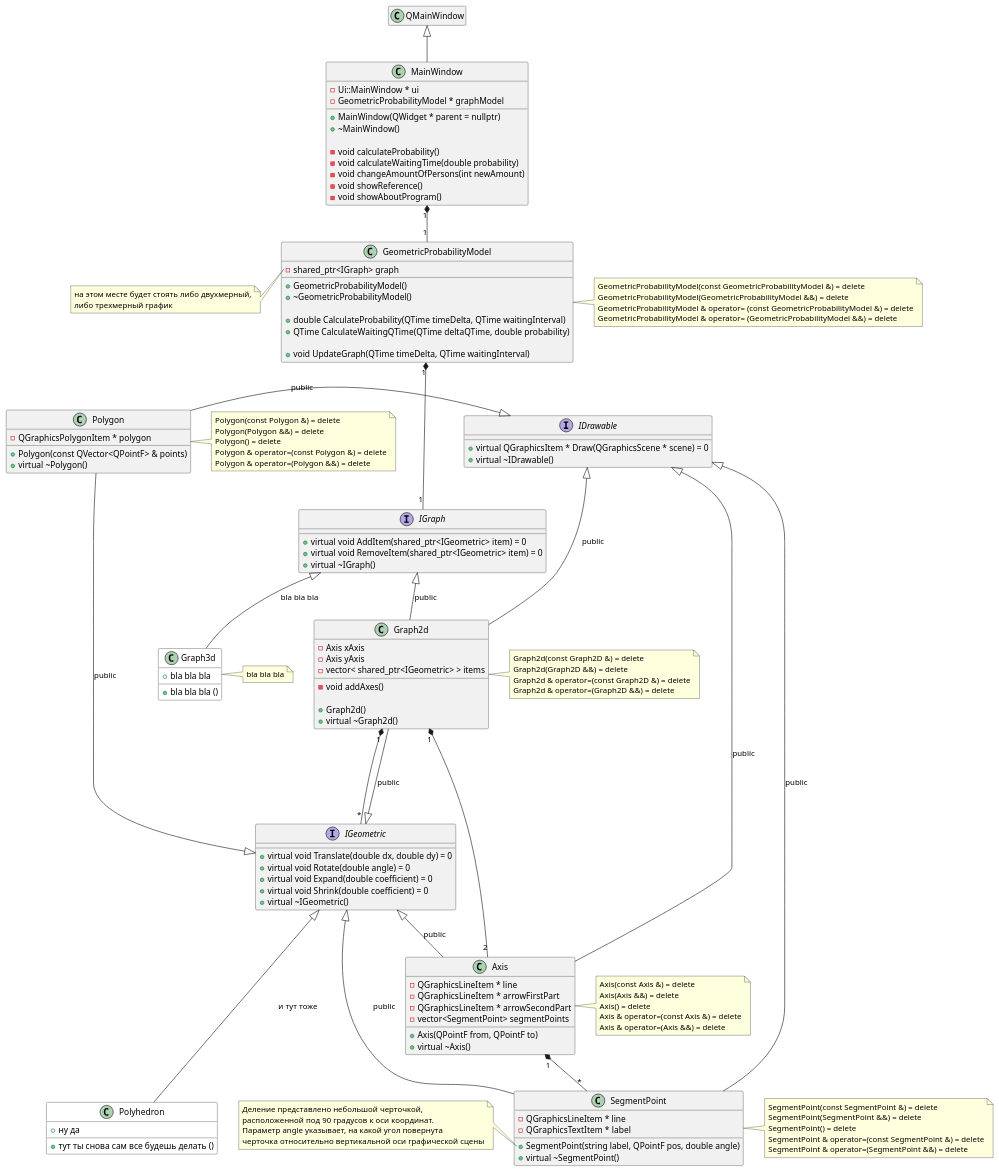
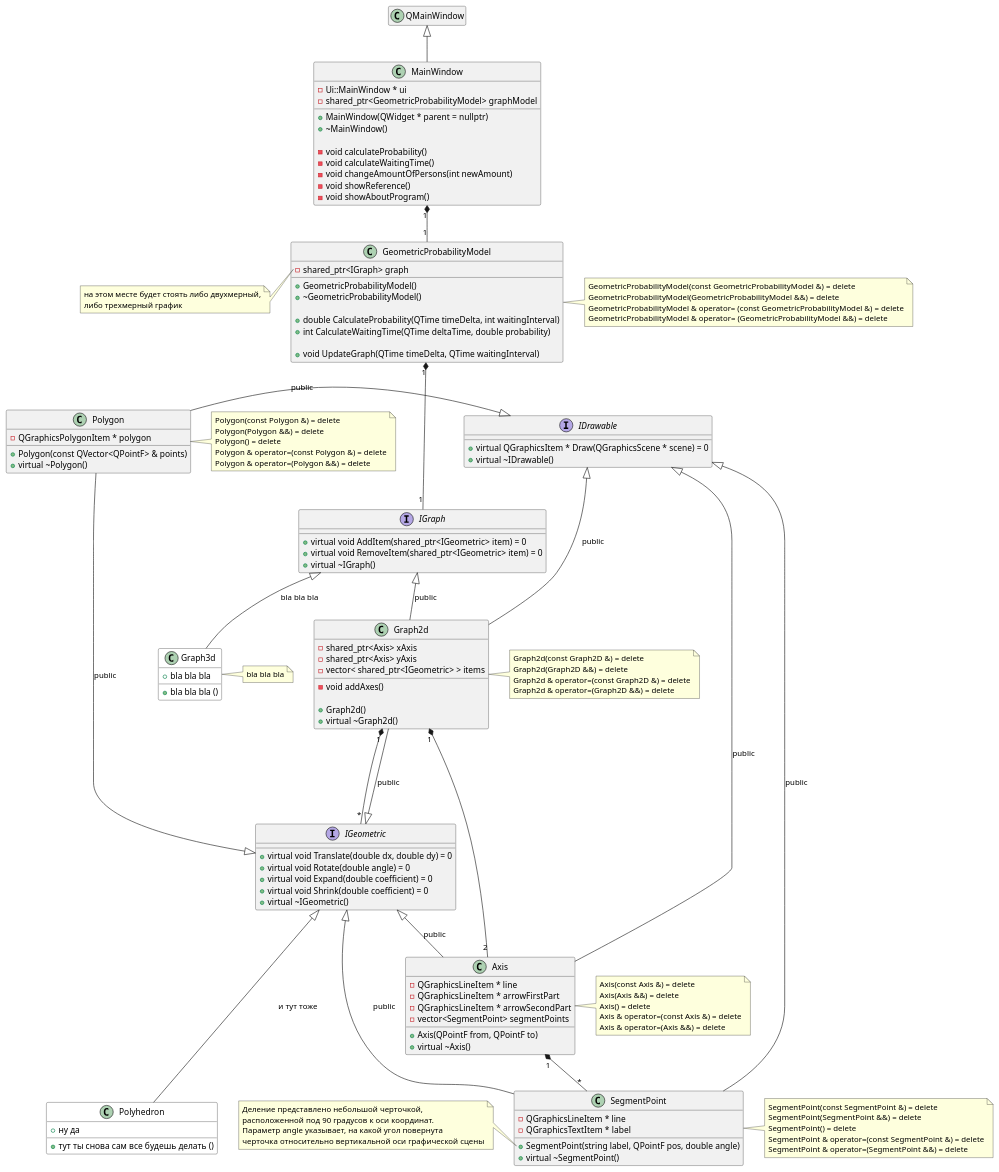
Before and after one commit to HandsAndKeyboards/AppointmentProblem: the diagram in doc/graph2d class.puml, drawn with PlantUML. The commit also changed 1 other file, not shown here.

```diff
--- a/doc/graph2d class.puml
+++ b/doc/graph2d class.puml
@@ -1,187 +1,187 @@
 @startuml 
 
 'https://plantuml.com/class-diagram
 
 class MainWindow {
     - Ui::MainWindow * ui
-    - GeometricProbabilityModel * graphModel
+    - shared_ptr<GeometricProbabilityModel> graphModel
 
     + MainWindow(QWidget * parent = nullptr)
     + ~MainWindow()
 
     - void calculateProbability()
-    - void calculateWaitingTime(double probability)
+    - void calculateWaitingTime()
     - void changeAmountOfPersons(int newAmount)
     - void showReference()
     - void showAboutProgram()
 }
 QMainWindow <|-- MainWindow
 hide QMainWindow members
 
 
 
 class GeometricProbabilityModel {
     - shared_ptr<IGraph> graph
 
     + GeometricProbabilityModel()
     + ~GeometricProbabilityModel()
 
-    + double CalculateProbability(QTime timeDelta, QTime waitingInterval)
-    + QTime CalculateWaitingQTime(QTime deltaQTime, double probability)
+    + double CalculateProbability(QTime timeDelta, int waitingInterval)
+    + int CalculateWaitingTime(QTime deltaTime, double probability)
 
     + void UpdateGraph(QTime timeDelta, QTime waitingInterval)
 }
 MainWindow "1" *-- "1" GeometricProbabilityModel
 note left of GeometricProbabilityModel::"graph"
     на этом месте будет стоять либо двухмерный,
     либо трехмерный график
 end note
 note right of GeometricProbabilityModel
     GeometricProbabilityModel(const GeometricProbabilityModel &) = delete
     GeometricProbabilityModel(GeometricProbabilityModel &&) = delete
     GeometricProbabilityModel & operator= (const GeometricProbabilityModel &) = delete
     GeometricProbabilityModel & operator= (GeometricProbabilityModel &&) = delete
 end note
 
 
 
 interface IGraph {
     + virtual void AddItem(shared_ptr<IGeometric> item) = 0
     + virtual void RemoveItem(shared_ptr<IGeometric> item) = 0
     + virtual ~IGraph()
 }
 GeometricProbabilityModel "1" *--- "1" IGraph
 note left of IGraph::"mainFigure"
     основная фигура, характеризующая
     геометрическую вероятность
 end note
 note left of IGraph::"boundingFigure"
     фигура, ограничивающая основную
 end note
 
 
 
 class Graph2d {
-    - Axis xAxis
-    - Axis yAxis
+    - shared_ptr<Axis> xAxis
+    - shared_ptr<Axis> yAxis
     - vector< shared_ptr<IGeometric> > items
 
     - void addAxes()
 
     + Graph2d()
     + virtual ~Graph2d()
 }
 IGraph <|-- Graph2d : public
 IGeometric <|--- Graph2d : public
 IDrawable <|--- Graph2d : public
 note right of Graph2d
     Graph2d(const Graph2D &) = delete
     Graph2d(Graph2D &&) = delete
     Graph2d & operator=(const Graph2D &) = delete
     Graph2d & operator=(Graph2D &&) = delete
 end note
 
 
 
 class Graph3d #white { /' #white окрашивает объект в белый цвет '/
     + bla bla bla
     + bla bla bla ()
 }
 IGraph <|-- Graph3d : bla bla bla
 note right of Graph3d
     bla bla bla
 end note
 
 
 
 class Axis {
     - QGraphicsLineItem * line
     - QGraphicsLineItem * arrowFirstPart
     - QGraphicsLineItem * arrowSecondPart
     - vector<SegmentPoint> segmentPoints
 
     + Axis(QPointF from, QPointF to)
     + virtual ~Axis()
 }
 IGeometric <|-- Axis : public
 IDrawable <|-- Axis : public
 Graph2d "1" *-- "2" Axis
 note right of Axis
     Axis(const Axis &) = delete
     Axis(Axis &&) = delete
     Axis() = delete
     Axis & operator=(const Axis &) = delete
     Axis & operator=(Axis &&) = delete
 end note
 
 
 
 class SegmentPoint {
     - QGraphicsLineItem * line
     - QGraphicsTextItem * label
 
     + SegmentPoint(string label, QPointF pos, double angle)
     + virtual ~SegmentPoint()
 }
 IDrawable <|-- SegmentPoint : public
 IGeometric <|-- SegmentPoint : public
 Axis "1" *-- "*" SegmentPoint
 note left of SegmentPoint::"SegmentPoint(string label, QPointF pos, double angle)"
     Деление представлено небольшой черточкой,
     расположенной под 90 градусов к оси координат.
     Параметр angle указывает, на какой угол повернута
     черточка относительно вертикальной оси графической сцены
 end note
 note right of SegmentPoint
     SegmentPoint(const SegmentPoint &) = delete
     SegmentPoint(SegmentPoint &&) = delete
     SegmentPoint() = delete
     SegmentPoint & operator=(const SegmentPoint &) = delete
     SegmentPoint & operator=(SegmentPoint &&) = delete
 end note
 
 
 
 interface IGeometric {
     + virtual void Translate(double dx, double dy) = 0
     + virtual void Rotate(double angle) = 0
     + virtual void Expand(double coefficient) = 0
     + virtual void Shrink(double coefficient) = 0
     + virtual ~IGeometric()
 }
 Graph2d "1" *-- "*" IGeometric
 
 
 class Polygon {
     - QGraphicsPolygonItem * polygon
 
     + Polygon(const QVector<QPointF> & points)
     + virtual ~Polygon()
 }
 IGeometric <|-- Polygon : public
 IDrawable <|-left- Polygon : public
 note right of Polygon
     Polygon(const Polygon &) = delete
     Polygon(Polygon &&) = delete
     Polygon() = delete
     Polygon & operator=(const Polygon &) = delete
     Polygon & operator=(Polygon &&) = delete
 end note
 
 
 
 class Polyhedron #white { /' #white окрашивает объект в белый цвет '/
     + ну да
     + тут ты снова сам все будешь делать ()
 }
 IGeometric <|--- Polyhedron : и тут тоже
 
 
 
 interface IDrawable {
     + virtual QGraphicsItem * Draw(QGraphicsScene * scene) = 0
     + virtual ~IDrawable()
 }
 
 
 @enduml
```
